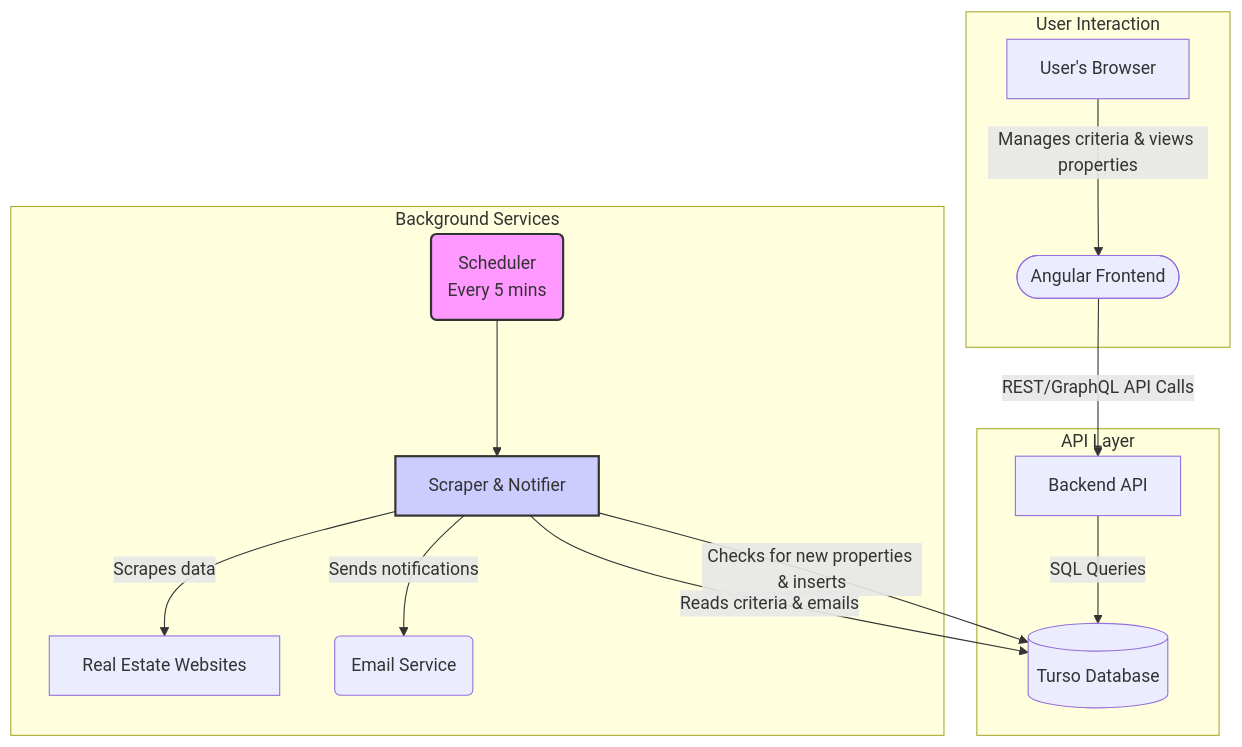
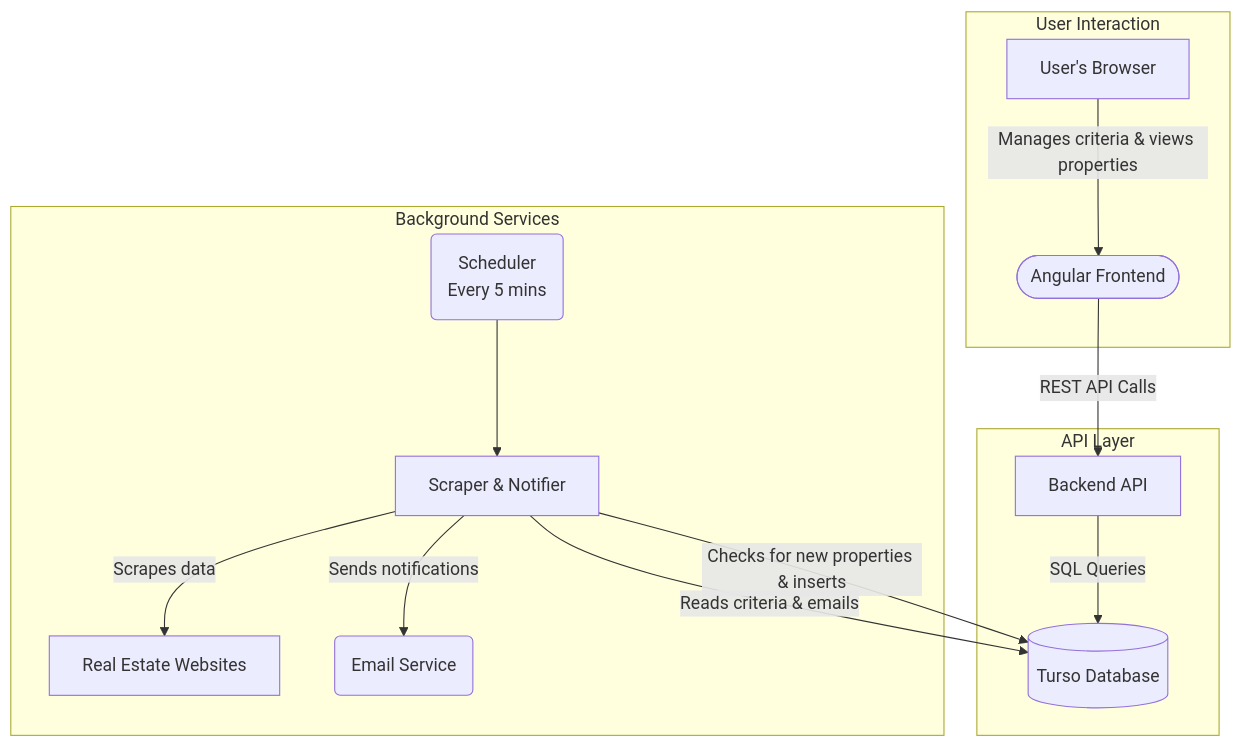
Before and after one commit to limadan/real-state-scrapper: the first of 2 diagrams in ARCHITECTURE.md, drawn with Mermaid.

Commit message:
docs: removing style

````diff
--- a/ARCHITECTURE.md
+++ b/ARCHITECTURE.md
@@ -13,22 +13,19 @@
 ```mermaid
 graph TD
     subgraph User Interaction
         U[User's Browser] -- Manages criteria & views properties --> FE([Angular Frontend]);
     end
 
     subgraph API Layer
-        FE -- REST/GraphQL API Calls --> API[Backend API];
+        FE -- REST API Calls --> API[Backend API];
         API -- SQL Queries --> DB[(Turso Database)];
     end
 
     subgraph Background Services
         Sched(Scheduler <br> Every 5 mins) --> Worker[Scraper & Notifier];
         Worker -- Reads criteria & emails --> DB;
         Worker -- Scrapes data --> RWS[Real Estate Websites];
         Worker -- Checks for new properties & inserts --> DB;
         Worker -- Sends notifications --> Mail(Email Service);
     end
-
-    style Sched fill:#f9f,stroke:#333,stroke-width:2px
-    style Worker fill:#ccf,stroke:#333,stroke-width:2px
 ```
````
